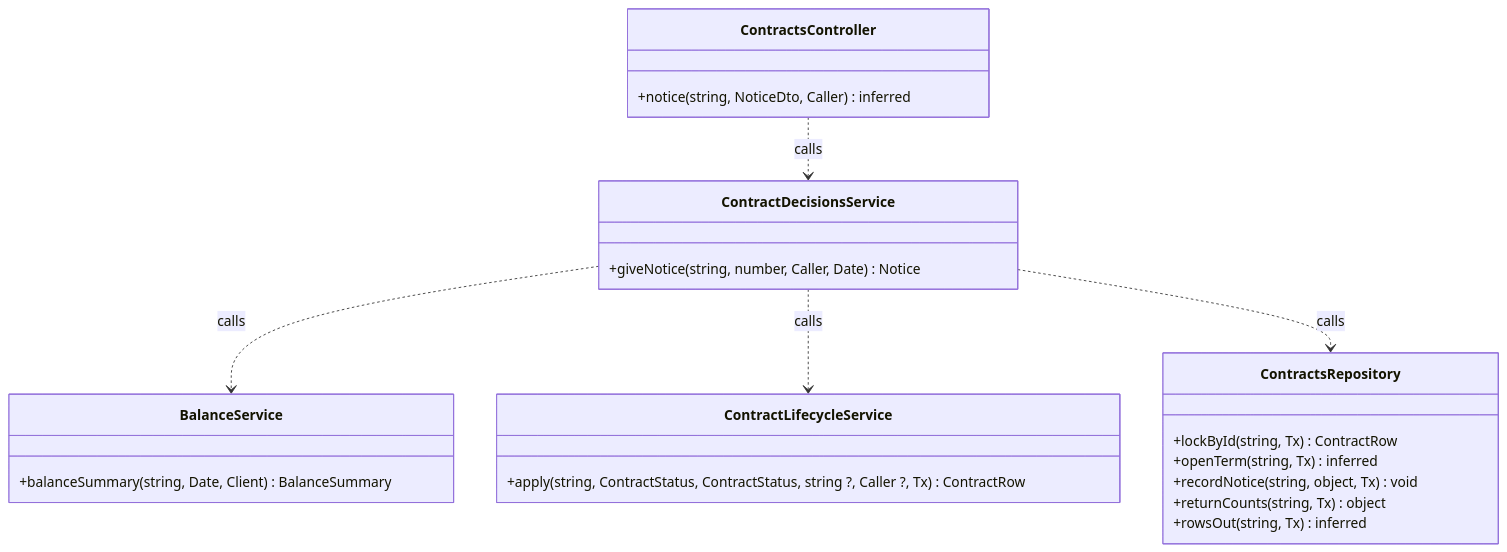
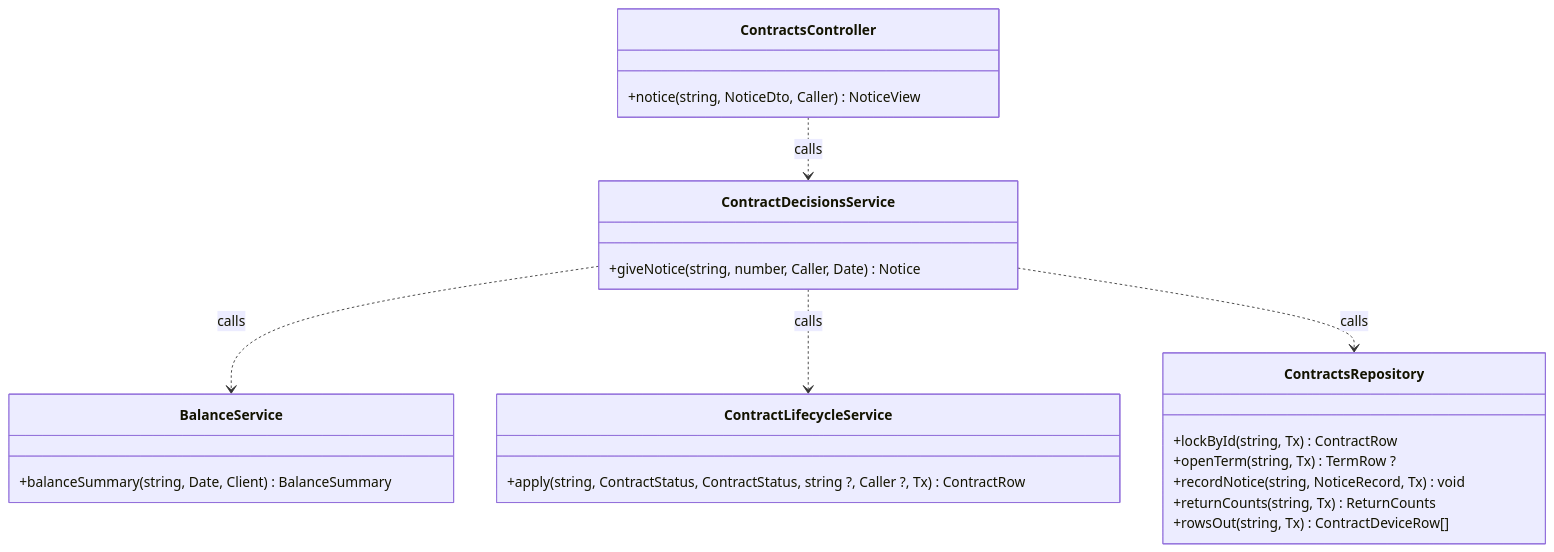
One commit to TrekLink-Team/treklink-web changed diagram 14 of 29 in specs/rentals/design.md. Above: the diagram before and after it, drawn with Mermaid. The commit also changed other lines of this file and 2 other files, not shown here.

First line of the commit message:
docs: UC-24 renewal only, no opt blocks, named return types (review of #113)

````diff
--- a/specs/rentals/design.md
+++ b/specs/rentals/design.md
@@ -528,27 +528,27 @@
 ```mermaid
 classDiagram
     direction TB
     class ContractsController {
-        +notice(string, NoticeDto, Caller) inferred
+        +notice(string, NoticeDto, Caller) NoticeView
     }
     class ContractDecisionsService {
         +giveNotice(string, number, Caller, Date) Notice
     }
     class ContractLifecycleService {
         +apply(string, ContractStatus, ContractStatus, string ?, Caller ?, Tx) ContractRow
     }
     class BalanceService {
         +balanceSummary(string, Date, Client) BalanceSummary
     }
     class ContractsRepository {
         +lockById(string, Tx) ContractRow
-        +openTerm(string, Tx) inferred
-        +recordNotice(string, object, Tx) void
-        +returnCounts(string, Tx) object
-        +rowsOut(string, Tx) inferred
+        +openTerm(string, Tx) TermRow ?
+        +recordNotice(string, NoticeRecord, Tx) void
+        +returnCounts(string, Tx) ReturnCounts
+        +rowsOut(string, Tx) ContractDeviceRow[]
     }
     ContractDecisionsService ..> BalanceService : calls
     ContractDecisionsService ..> ContractLifecycleService : calls
     ContractDecisionsService ..> ContractsRepository : calls
     ContractsController ..> ContractDecisionsService : calls
 ```
````
